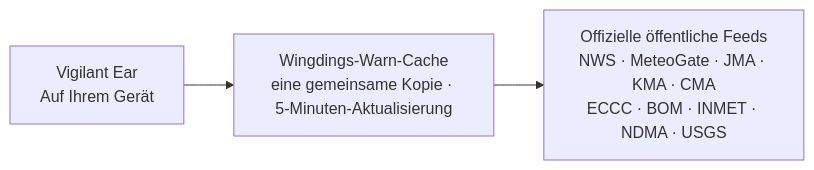
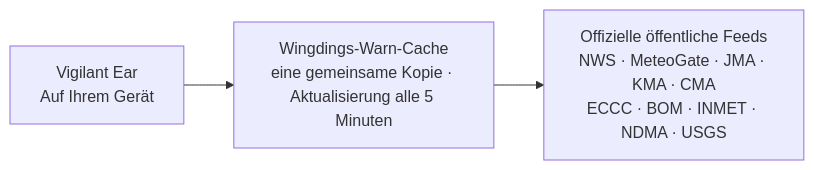
The fourth of 4 diagrams in README_de.md (rpalm01-star/VigilantEarLegal), drawn with Mermaid before and after one commit. The commit also changed other lines of this file and 29 other files, not shown here.

````diff
--- a/README_de.md
+++ b/README_de.md
@@ -162,5 +171,5 @@
 ```mermaid
 graph LR
-    P1["Vigilant Ear<br/>Auf Ihrem Gerät"] --> W["Wingdings-Warn-Cache<br/>eine gemeinsame Kopie · 5-Minuten-Aktualisierung"]
+    P1["Vigilant Ear<br/>Auf Ihrem Gerät"] --> W["Wingdings-Warn-Cache<br/>eine gemeinsame Kopie · Aktualisierung alle 5 Minuten"]
     W --> N["Offizielle öffentliche Feeds<br/>NWS · MeteoGate · JMA · KMA · CMA<br/>ECCC · BOM · INMET · NDMA · USGS"]
 ```
````
